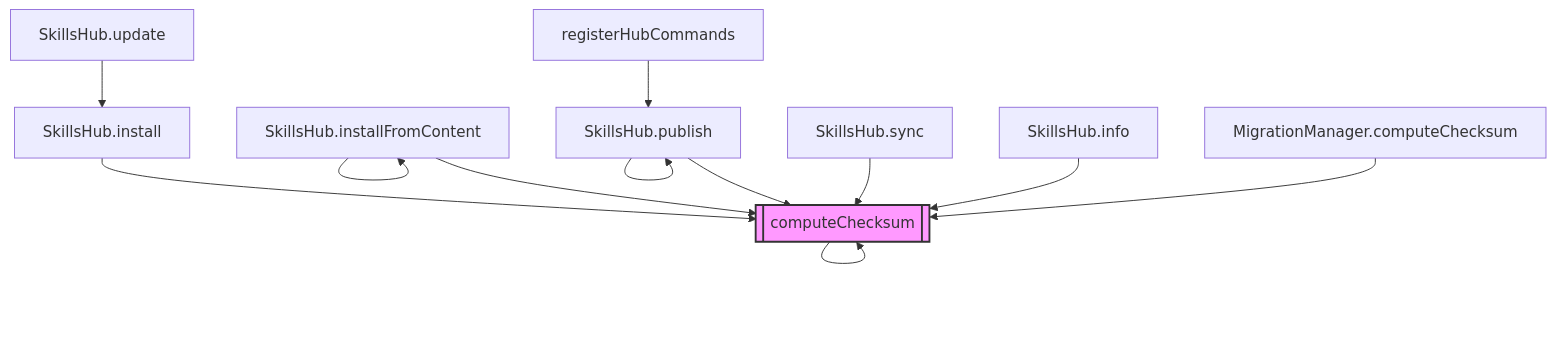
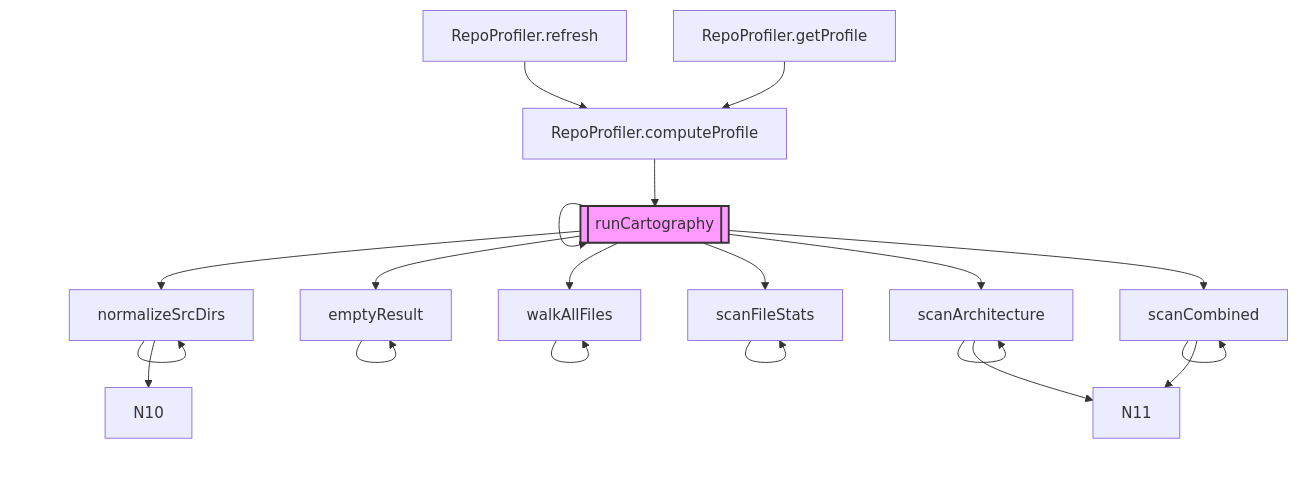
The tenth of 38 diagrams in .codebuddy/docs/3-subsystems.md (Zeeeepa/code-buddy), drawn with Mermaid before and after one commit. The commit also changed other lines of this file and 15 other files, not shown here.

````diff
--- a/.codebuddy/docs/3-subsystems.md
+++ b/.codebuddy/docs/3-subsystems.md
@@ -172,24 +271,33 @@
 ```mermaid
 graph TD
-    N0[["computeChecksum"]]
-    N1["SkillsHub.install"]
-    N2["SkillsHub.installFromContent"]
-    N3["SkillsHub.publish"]
-    N4["SkillsHub.sync"]
-    N5["SkillsHub.info"]
-    N6["MigrationManager.computeChecksum"]
-    N7["SkillsHub.update"]
-    N8["registerHubCommands"]
+    N0[["runCartography"]]
+    N1["normalizeSrcDirs"]
+    N2["emptyResult"]
+    N3["walkAllFiles"]
+    N4["scanFileStats"]
+    N5["scanArchitecture"]
+    N6["scanCombined"]
+    N7["RepoProfiler.computeProfile"]
+    N8["RepoProfiler.refresh"]
+    N9["RepoProfiler.getProfile"]
     N0 --> N0
-    N1 --> N0
-    N2 --> N0
-    N3 --> N0
-    N4 --> N0
-    N5 --> N0
-    N6 --> N0
-    N7 --> N1
+    N0 --> N1
+    N0 --> N2
+    N0 --> N3
+    N0 --> N4
+    N0 --> N5
+    N0 --> N6
+    N1 --> N1
+    N1 --> N10
     N2 --> N2
-    N8 --> N3
     N3 --> N3
+    N4 --> N4
+    N5 --> N5
+    N5 --> N11
+    N6 --> N6
+    N6 --> N11
+    N7 --> N0
+    N8 --> N7
+    N9 --> N7
     style N0 fill:#f9f,stroke:#333,stroke-width:2px
 ```
````
